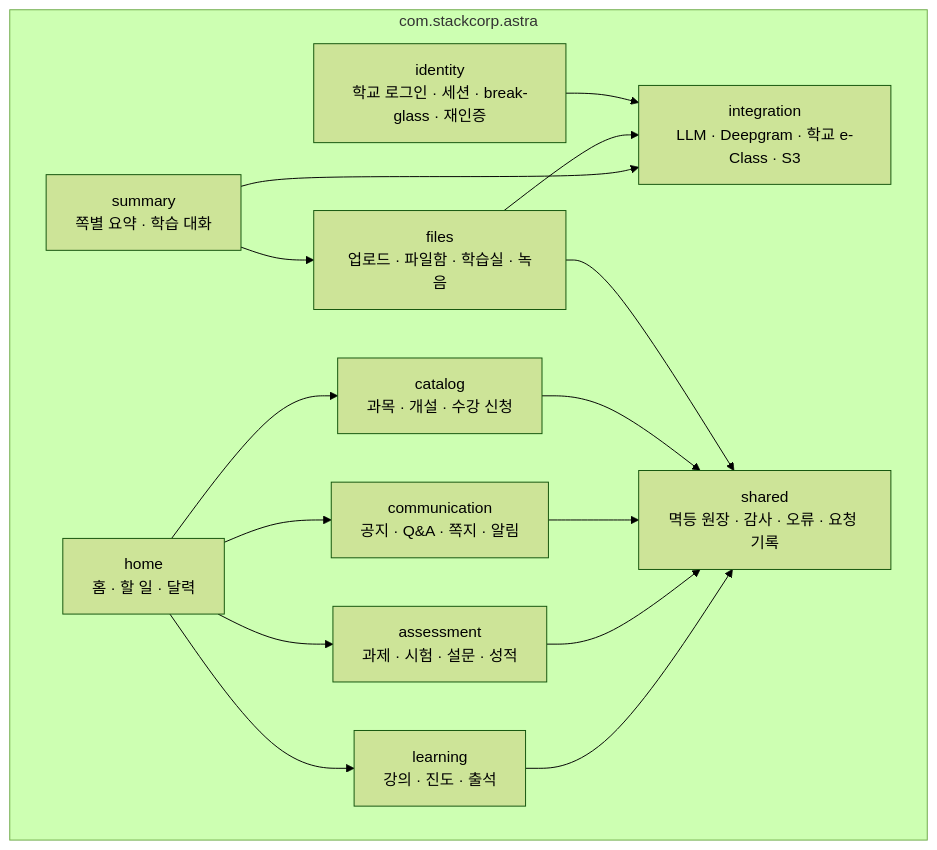
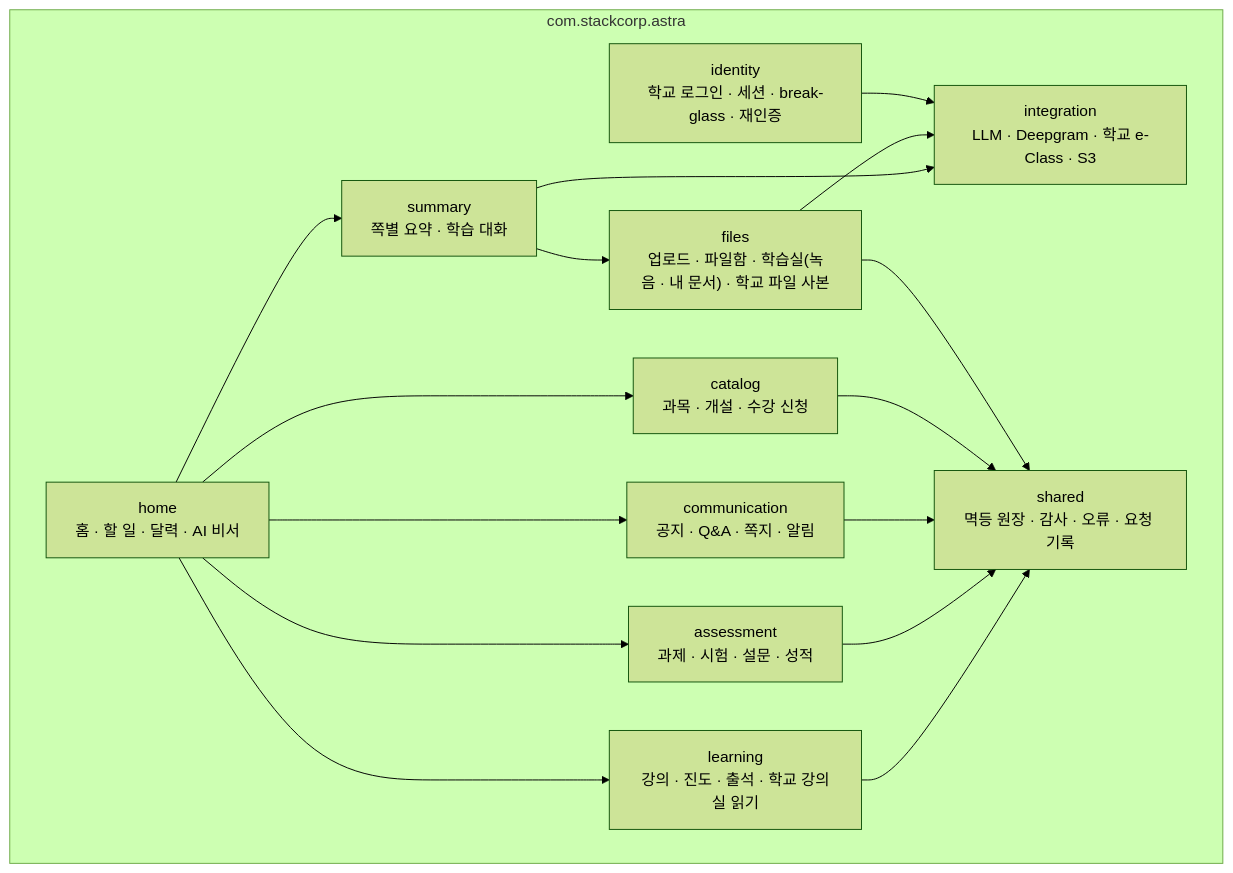
One commit to 2026ENDPoinT/team13 changed the second of 3 diagrams in README.md. Above: the diagram before and after it, drawn with Mermaid (forest theme). The commit also changed other lines of this file and 1 other file, not shown here.

First line of the commit message:
README: 학교 e-Class 연동, 백엔드 AI 비서, 학습실 내 문서 요약·실시간 전사, LLM 게이트웨이 순서(DeepSeek → Gemini)와 Deepgram 표기를 실제 구성에 맞춤

````diff
--- a/README.md
+++ b/README.md
@@ -154,20 +155,20 @@
 ```mermaid
 flowchart TB
   subgraph astra["com.stackcorp.astra"]
     identity["identity<br/>학교 로그인 · 세션 · break-glass · 재인증"]
     catalog["catalog<br/>과목 · 개설 · 수강 신청"]
-    learning["learning<br/>강의 · 진도 · 출석"]
+    learning["learning<br/>강의 · 진도 · 출석 · 학교 강의실 읽기"]
     assessment["assessment<br/>과제 · 시험 · 설문 · 성적"]
     communication["communication<br/>공지 · Q&A · 쪽지 · 알림"]
-    files["files<br/>업로드 · 파일함 · 학습실 · 녹음"]
+    files["files<br/>업로드 · 파일함 · 학습실(녹음 · 내 문서) · 학교 파일 사본"]
     summary["summary<br/>쪽별 요약 · 학습 대화"]
-    home["home<br/>홈 · 할 일 · 달력"]
+    home["home<br/>홈 · 할 일 · 달력 · AI 비서"]
     integration["integration<br/>LLM · Deepgram · 학교 e-Class · S3"]
     shared["shared<br/>멱등 원장 · 감사 · 오류 · 요청 기록"]
   end
-  home --> learning & assessment & communication & catalog
+  home --> learning & assessment & communication & catalog & summary
   summary --> files & integration
   files --> integration
   identity --> integration
   learning & assessment & communication & catalog & files --> shared
 ```
````
